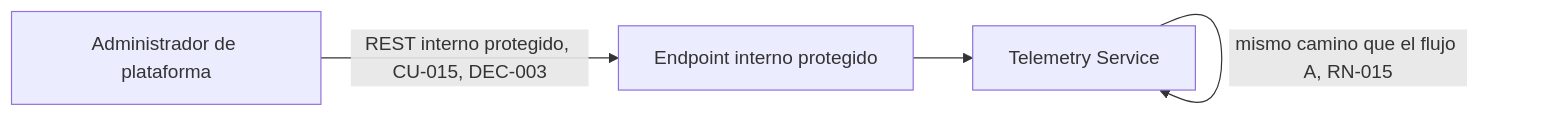
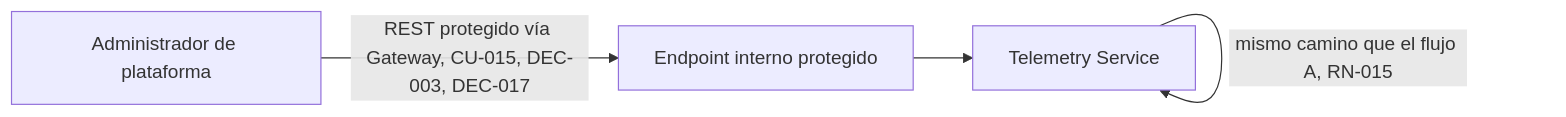
The second of 2 diagrams in docs/architecture/data-flow.md (marcomiler/coldguard-platform), drawn with Mermaid before and after one commit. The commit also changed other lines of this file and 18 other files, not shown here.

````diff
--- a/docs/architecture/data-flow.md
+++ b/docs/architecture/data-flow.md
@@ -26,6 +26,6 @@
 ```mermaid
 flowchart LR
-  Admin[Administrador de plataforma] -->|REST interno protegido, CU-015, DEC-003| TestEP[Endpoint interno protegido]
+  Admin[Administrador de plataforma] -->|REST protegido vía Gateway, CU-015, DEC-003, DEC-017| TestEP[Endpoint interno protegido]
   TestEP --> TS[Telemetry Service]
   TS -->|mismo camino que el flujo A, RN-015| TS
 ```
````
